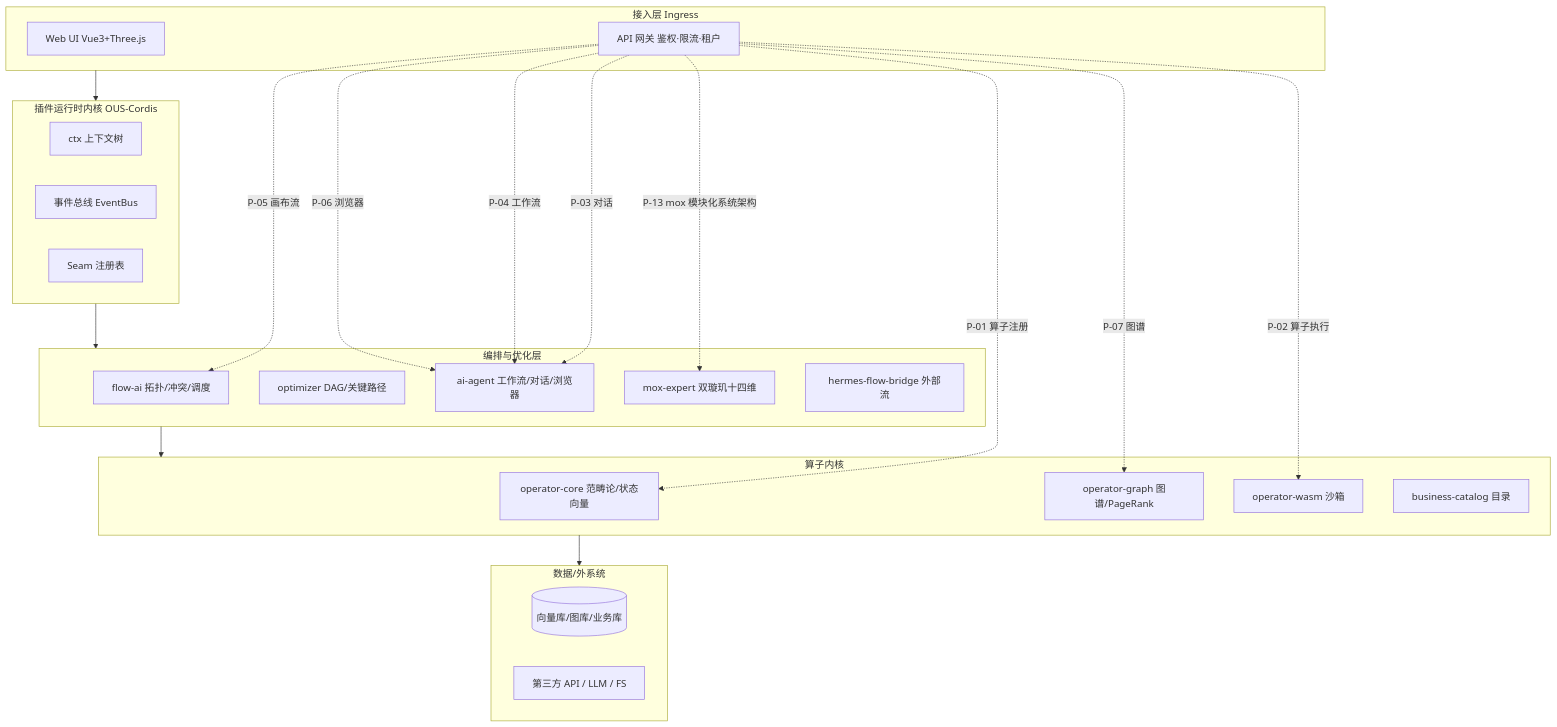
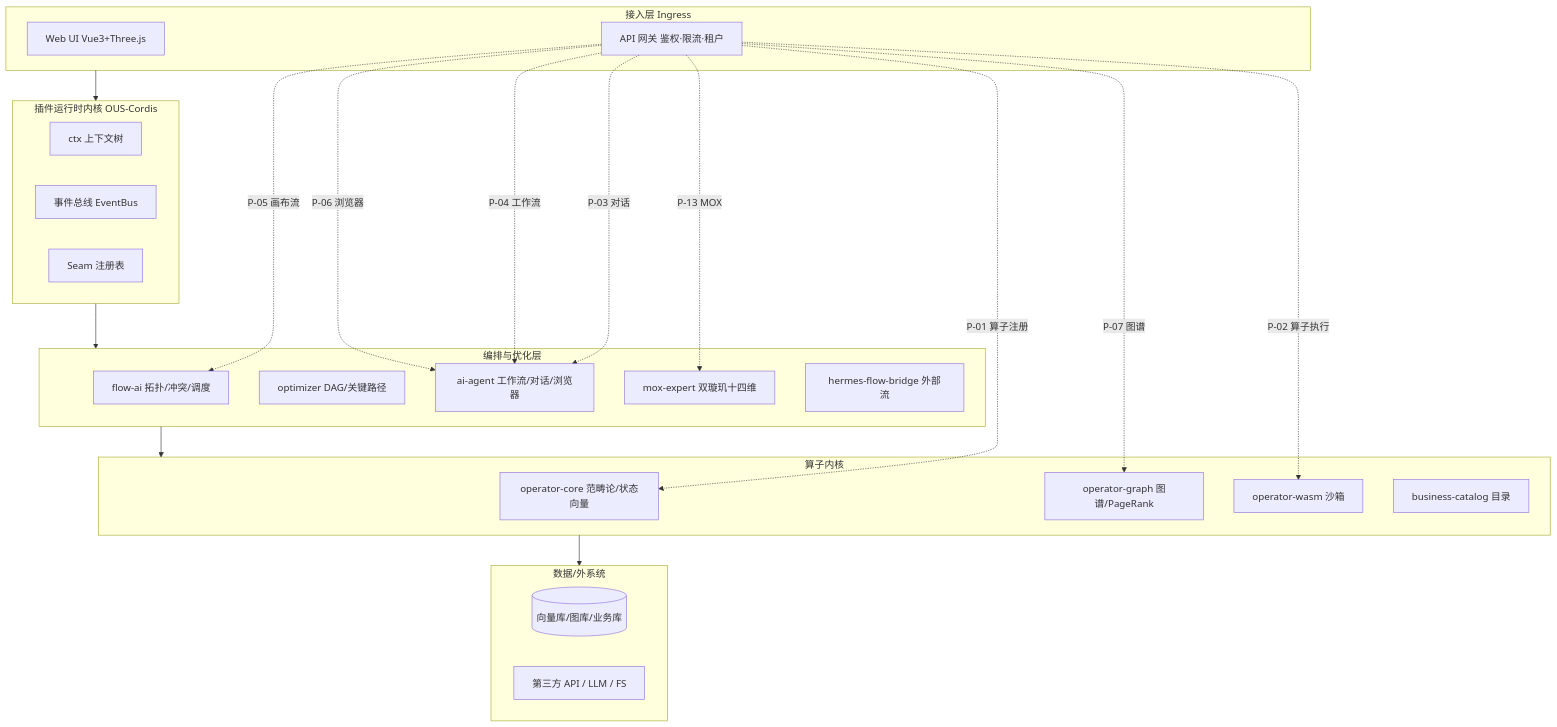
One commit to aikjx/mox changed diagram 13 of 16 in docs/modules/business-process-flowcharts.md. Above: the diagram before and after it, drawn with Mermaid. The commit also changed other lines of this file and 21 other files, not shown here.

````diff
--- a/docs/modules/business-process-flowcharts.md
+++ b/docs/modules/business-process-flowcharts.md
@@ -239,43 +239,43 @@
 ```mermaid
 flowchart TB
     subgraph ING[接入层 Ingress]
         WEB[Web UI Vue3+Three.js]
         GW[API 网关 鉴权·限流·租户]
     end
     subgraph RT[插件运行时内核 OUS-Cordis]
         CTX[ctx 上下文树]
         EB[事件总线 EventBus]
         SEAM[Seam 注册表]
     end
     subgraph ORCH[编排与优化层]
         FLOW[flow-ai 拓扑/冲突/调度]
         OPT[optimizer DAG/关键路径]
         AGENT[ai-agent 工作流/对话/浏览器]
         EXP[mox-expert 双璇玑十四维]
         HER[hermes-flow-bridge 外部流]
     end
     subgraph CORE[算子内核]
         OC[operator-core 范畴论/状态向量]
         OG[operator-graph 图谱/PageRank]
         OW[operator-wasm 沙箱]
         CAT[business-catalog 目录]
     end
     subgraph DATA[数据/外系统]
         DB[(向量库/图库/业务库)]
         EXT[第三方 API / LLM / FS]
     end
 
     ING --> RT
     RT --> ORCH
     ORCH --> CORE
     CORE --> DATA
 
     GW -.P-01 算子注册.-> OC
     GW -.P-02 算子执行.-> OW
     GW -.P-03 对话.-> AGENT
     GW -.P-04 工作流.-> AGENT
     GW -.P-05 画布流.-> FLOW
     GW -.P-06 浏览器.-> AGENT
     GW -.P-07 图谱.-> OG
-    GW -.P-13 mox 模块化系统架构.-> EXP
+    GW -.P-13 MOX.-> EXP
 ```
````
